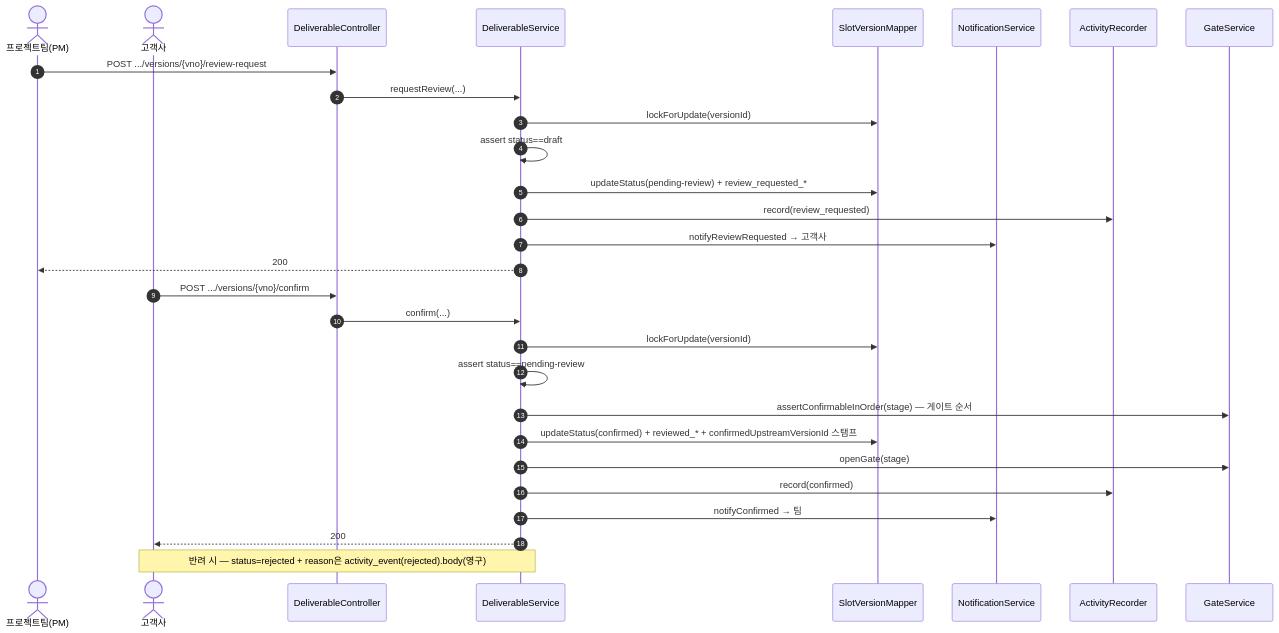
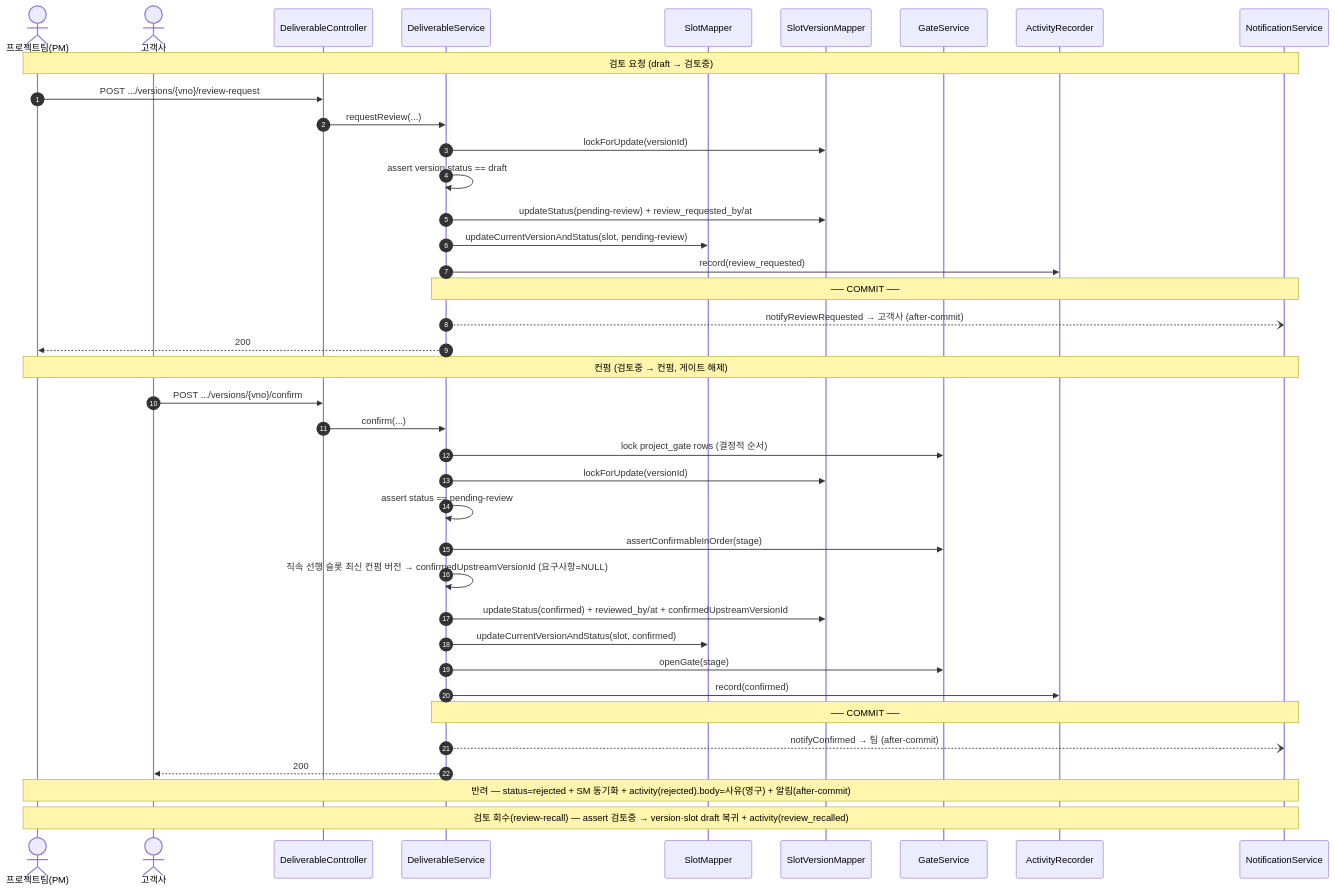
Before and after one commit to HyeonJ/sp-project-portal: the third of 6 diagrams in docs/class-sequence.md, drawn with Mermaid. The commit also changed other lines of this file and 2 other files, not shown here.

````diff
--- a/docs/class-sequence.md
+++ b/docs/class-sequence.md
@@ -149,31 +162,41 @@
 ```mermaid
 sequenceDiagram
     autonumber
     actor T as 프로젝트팀(PM)
     actor CL as 고객사
     participant C as DeliverableController
     participant S as DeliverableService
+    participant SM as SlotMapper
     participant VM as SlotVersionMapper
+    participant G as GateService
+    participant A as ActivityRecorder
     participant N as NotificationService
-    participant A as ActivityRecorder
-    participant G as GateService
+    Note over T,N: 검토 요청 (draft → 검토중)
     T->>C: POST .../versions/{vno}/review-request
     C->>S: requestReview(...)
     S->>VM: lockForUpdate(versionId)
-    S->>S: assert status==draft
-    S->>VM: updateStatus(pending-review) + review_requested_*
+    S->>S: assert version.status == draft
+    S->>VM: updateStatus(pending-review) + review_requested_by/at
+    S->>SM: updateCurrentVersionAndStatus(slot, pending-review)
     S->>A: record(review_requested)
-    S->>N: notifyReviewRequested → 고객사
+    Note over S,N: ── COMMIT ──
+    S--)N: notifyReviewRequested → 고객사 (after-commit)
     S-->>T: 200
+    Note over T,N: 컨펌 (검토중 → 컨펌, 게이트 해제)
     CL->>C: POST .../versions/{vno}/confirm
     C->>S: confirm(...)
+    S->>G: lock project_gate rows (결정적 순서)
     S->>VM: lockForUpdate(versionId)
-    S->>S: assert status==pending-review
-    S->>G: assertConfirmableInOrder(stage) — 게이트 순서
-    S->>VM: updateStatus(confirmed) + reviewed_* + confirmedUpstreamVersionId 스탬프
+    S->>S: assert status == pending-review
+    S->>G: assertConfirmableInOrder(stage)
+    S->>S: 직속 선행 슬롯 최신 컨펌 버전 → confirmedUpstreamVersionId (요구사항=NULL)
+    S->>VM: updateStatus(confirmed) + reviewed_by/at + confirmedUpstreamVersionId
+    S->>SM: updateCurrentVersionAndStatus(slot, confirmed)
     S->>G: openGate(stage)
     S->>A: record(confirmed)
-    S->>N: notifyConfirmed → 팀
+    Note over S,N: ── COMMIT ──
+    S--)N: notifyConfirmed → 팀 (after-commit)
     S-->>CL: 200
-    Note over CL,S: 반려 시 — status=rejected + reason은 activity_event(rejected).body(영구)
+    Note over T,N: 반려 — status=rejected + SM 동기화 + activity(rejected).body=사유(영구) + 알림(after-commit)
+    Note over T,N: 검토 회수(review-recall) — assert 검토중 → version·slot draft 복귀 + activity(review_recalled)
 ```
````
